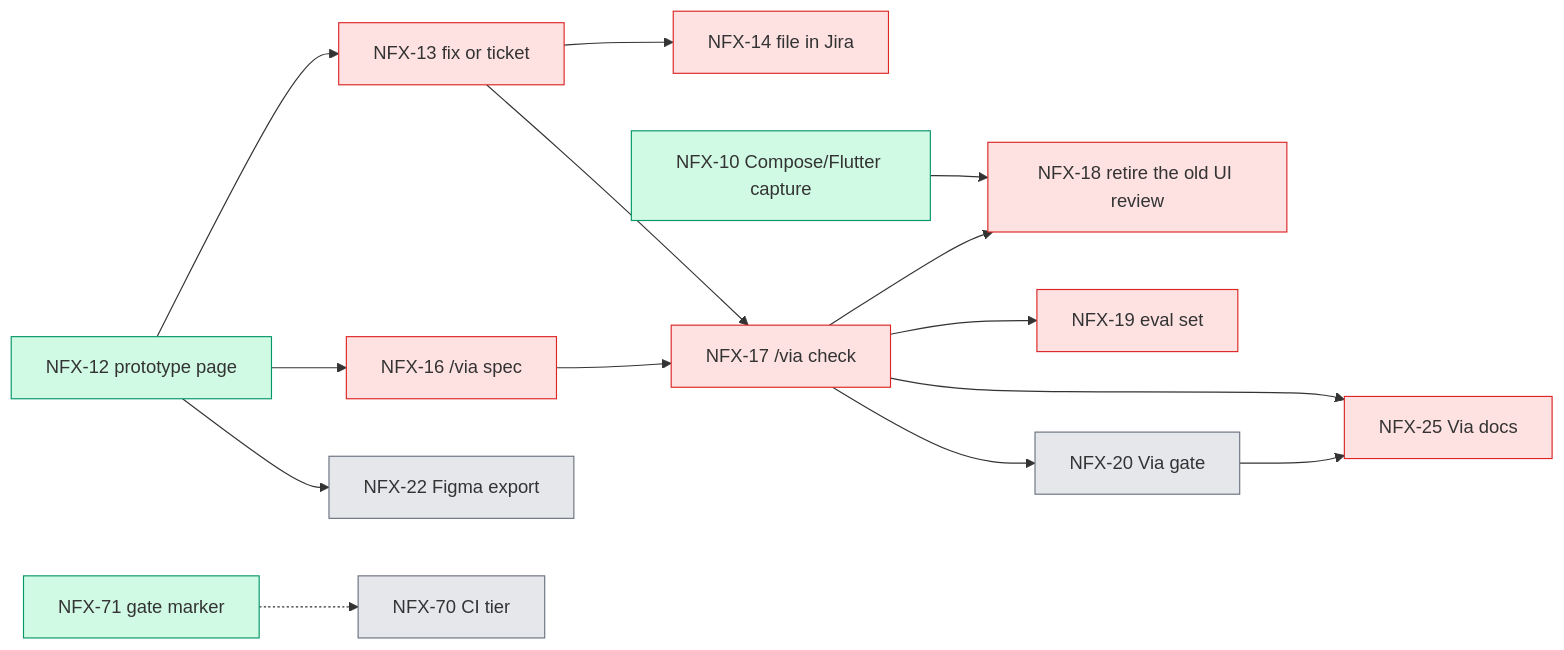
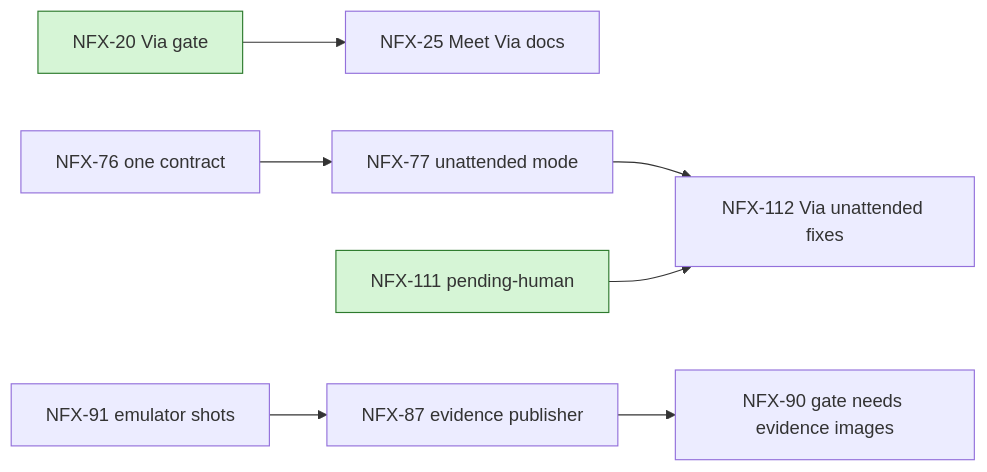
Before and after one commit to ctorres345/NousFX: the diagram in docs/ROADMAP.md, drawn with Mermaid. The commit also changed other lines of this file and 17 other files, not shown here.

````diff
--- a/docs/ROADMAP.md
+++ b/docs/ROADMAP.md
@@ -51,22 +46,10 @@
 ```mermaid
 flowchart LR
-  A12["NFX-12 prototype page"] --> A13["NFX-13 fix or ticket"]
-  A12 --> A16["NFX-16 /via spec"]
-  A12 --> A22["NFX-22 Figma export"]
-  A13 --> A14["NFX-14 file in Jira"]
-  A13 --> A17["NFX-17 /via check"]
-  A16 --> A17
-  A10["NFX-10 Compose/Flutter capture"] --> A18["NFX-18 retire the old UI review"]
-  A17 --> A18
-  A17 --> A19["NFX-19 eval set"]
-  A17 --> A20["NFX-20 Via gate"]
-  A17 --> A25["NFX-25 Via docs"]
-  A20 --> A25
-  A71["NFX-71 gate marker"] -.-> A70["NFX-70 CI tier"]
-  classDef next fill:#d1fae5,stroke:#059669
-  classDef blocked fill:#fee2e2,stroke:#dc2626
-  classDef later fill:#e5e7eb,stroke:#6b7280
-  class A12,A10,A71 next
-  class A13,A14,A16,A17,A18,A19,A25 blocked
-  class A20,A22,A70 later
+  N20["NFX-20 Via gate"]:::next --> N25["NFX-25 Meet Via docs"]
+  N76["NFX-76 one contract"] --> N77["NFX-77 unattended mode"]
+  N77 --> N112["NFX-112 Via unattended fixes"]
+  N111["NFX-111 pending-human"]:::next --> N112
+  N91["NFX-91 emulator shots"] --> N87["NFX-87 evidence publisher"]
+  N87 --> N90["NFX-90 gate needs evidence images"]
+  classDef next fill:#d6f5d6,stroke:#2d7a2d
 ```
````
